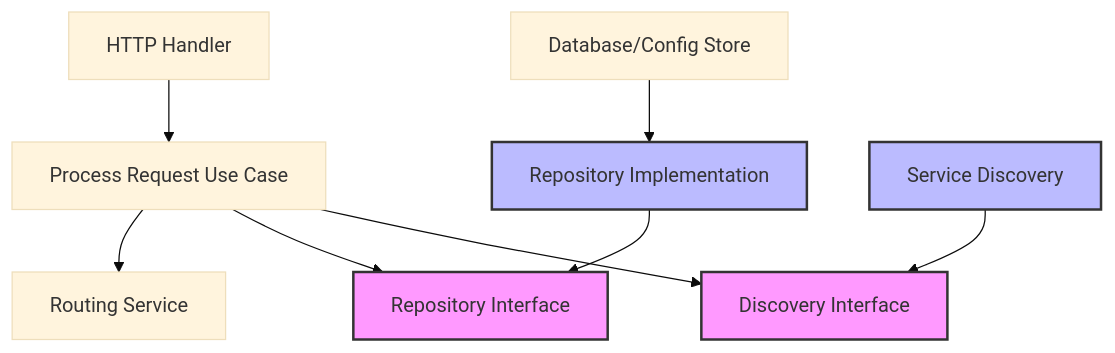
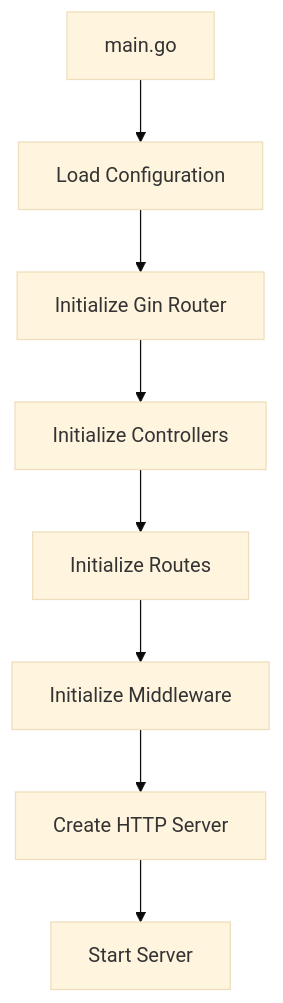
One commit to Boklap/moufube changed the diagram in api-gateway/documentation/architecture.md. Above: the diagram before and after it, drawn with Mermaid (base theme). The commit also changed other lines of this file and 27 other files, not shown here.

````diff
--- a/api-gateway/documentation/architecture.md
+++ b/api-gateway/documentation/architecture.md
@@ -762,15 +177,10 @@
 ```mermaid
 graph TD
-    A[HTTP Handler] --> B[Process Request Use Case]
-    B --> C[Routing Service]
-    B --> D[Repository Interface]
-    E[Repository Implementation] --> D
-    F[Database/Config Store] --> E
-    G[Service Discovery] --> H[Discovery Interface]
-    B --> H
-    
-    style D fill:#f9f,stroke:#333,stroke-width:2px
-    style E fill:#bbf,stroke:#333,stroke-width:2px
-    style H fill:#f9f,stroke:#333,stroke-width:2px
-    style G fill:#bbf,stroke:#333,stroke-width:2px
+    A[main.go] --> B[Load Configuration]
+    B --> C[Initialize Gin Router]
+    C --> D[Initialize Controllers]
+    D --> E[Initialize Routes]
+    E --> F[Initialize Middleware]
+    F --> G[Create HTTP Server]
+    G --> H[Start Server]
 ```
````
